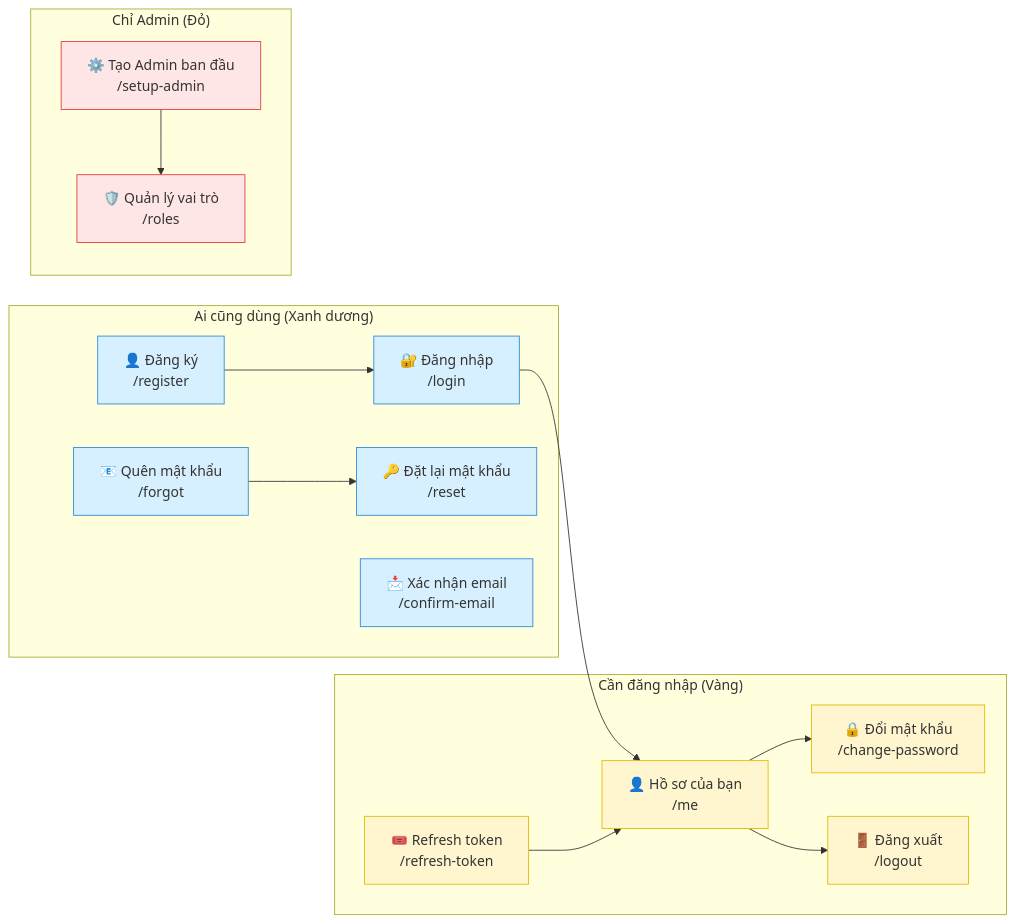
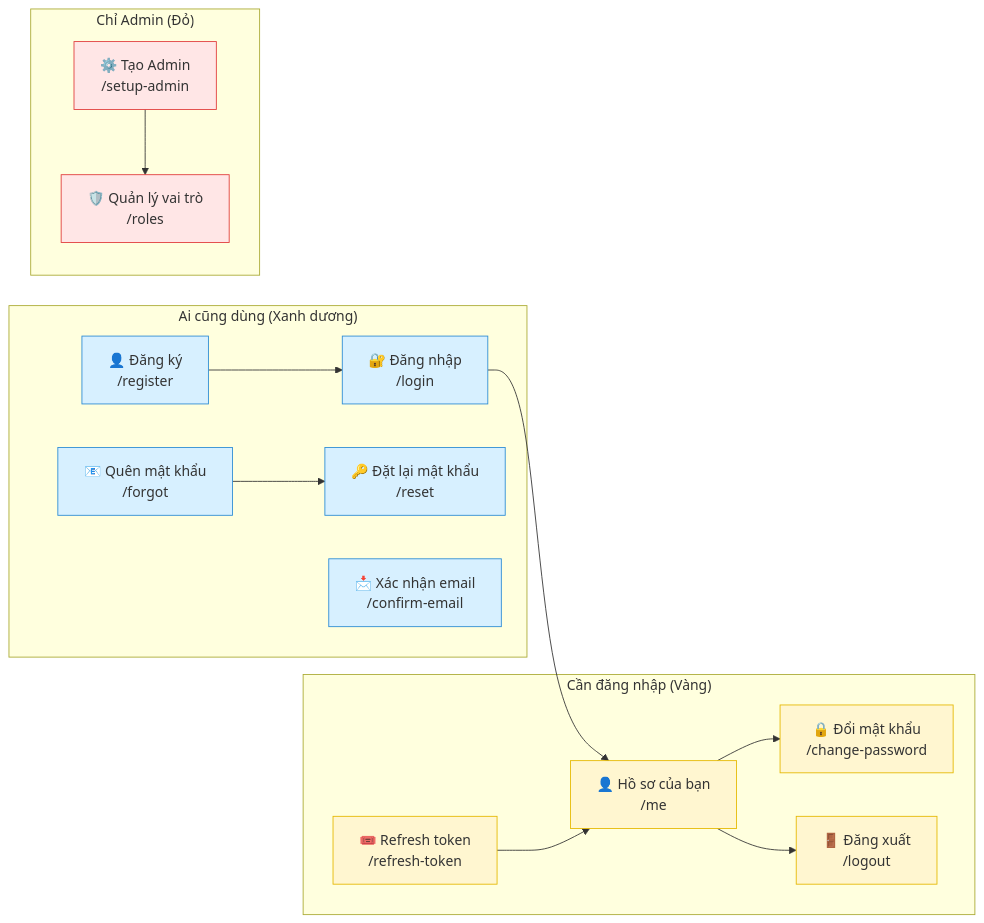
Before and after one commit to SokKimThanh/LmsMini: the diagram in LmsMini.Resources/File Học Bài/lessons/identity/AccountController_For_Kids.md, drawn with Mermaid. The commit also changed other lines of this file, not shown here.

Commit message:
Đã cập nhật file AccountController_For_Kids.md với giọng văn nhẹ nhàng, thân thiện, mang dáng vẻ một cô giáo trẻ trung. Nội dung phù hợp học sinh lớp 5, vẫn giữ sơ đồ Mermaid, emoji, các bước rõ ràng và ví dụ code mẫu như yêu cầu.

````diff
--- a/LmsMini.Resources/File Học Bài/lessons/identity/AccountController_For_Kids.md
+++ b/LmsMini.Resources/File Học Bài/lessons/identity/AccountController_For_Kids.md
@@ -31,38 +33,38 @@
 ```mermaid
 flowchart LR
   classDef public fill:#d7f0ff,stroke:#2b8bd4,stroke-width:1px;
   classDef auth fill:#fff6d0,stroke:#e5b800,stroke-width:1px;
   classDef admin fill:#ffe6e6,stroke:#e03b3b,stroke-width:1px;
 
   subgraph Public["Ai cũng dùng (Xanh dương)"]
-    pub_register["👤 Đăng ký\n/register"]:::public
-    pub_login["🔐 Đăng nhập\n/login"]:::public
-    pub_forgot["📧 Quên mật khẩu\n/forgot"]:::public
-    pub_reset["🔑 Đặt lại mật khẩu\n/reset"]:::public
-    pub_confirm["📩 Xác nhận email\n/confirm-email"]:::public
+    reg["👤 Đăng ký\n/register"]:::public
+    log["🔐 Đăng nhập\n/login"]:::public
+    forg["📧 Quên mật khẩu\n/forgot"]:::public
+    res["🔑 Đặt lại mật khẩu\n/reset"]:::public
+    conf["📩 Xác nhận email\n/confirm-email"]:::public
   end
 
-  subgraph Authorized["Cần đăng nhập (Vàng)"]
-    auth_change["🔒 Đổi mật khẩu\n/change-password"]:::auth
-    auth_profile["👤 Hồ sơ của bạn\n/me"]:::auth
-    auth_logout["🚪 Đăng xuất\n/logout"]:::auth
-    auth_refresh["🎟️ Refresh token\n/refresh-token"]:::auth
+  subgraph Authed["Cần đăng nhập (Vàng)"]
+    chg["🔒 Đổi mật khẩu\n/change-password"]:::auth
+    prof["👤 Hồ sơ của bạn\n/me"]:::auth
+    out["🚪 Đăng xuất\n/logout"]:::auth
+    ref["🎟️ Refresh token\n/refresh-token"]:::auth
   end
 
-  subgraph AdminOnly["Chỉ Admin (Đỏ)"]
-    admin_roles["🛡️ Quản lý vai trò\n/roles"]:::admin
-    admin_setup["⚙️ Tạo Admin ban đầu\n/setup-admin"]:::admin
+  subgraph Admin["Chỉ Admin (Đỏ)"]
+    roles["🛡️ Quản lý vai trò\n/roles"]:::admin
+    setup["⚙️ Tạo Admin\n/setup-admin"]:::admin
   end
 
-  pub_register --> pub_login
-  pub_forgot --> pub_reset
-  pub_login --> auth_profile
-  auth_profile --> auth_change
-  auth_profile --> auth_logout
-  auth_refresh --> auth_profile
-  admin_setup --> admin_roles
+  reg --> log
+  forg --> res
+  log --> prof
+  prof --> chg
+  prof --> out
+  ref --> prof
+  setup --> roles
 
-  class pub_register,pub_login,pub_forgot,pub_reset,pub_confirm public;
-  class auth_change,auth_profile,auth_logout,auth_refresh auth;
-  class admin_roles,admin_setup admin;
+  class reg,log,forg,res,conf public;
+  class chg,prof,out,ref auth;
+  class roles,setup admin;
 ```
````
